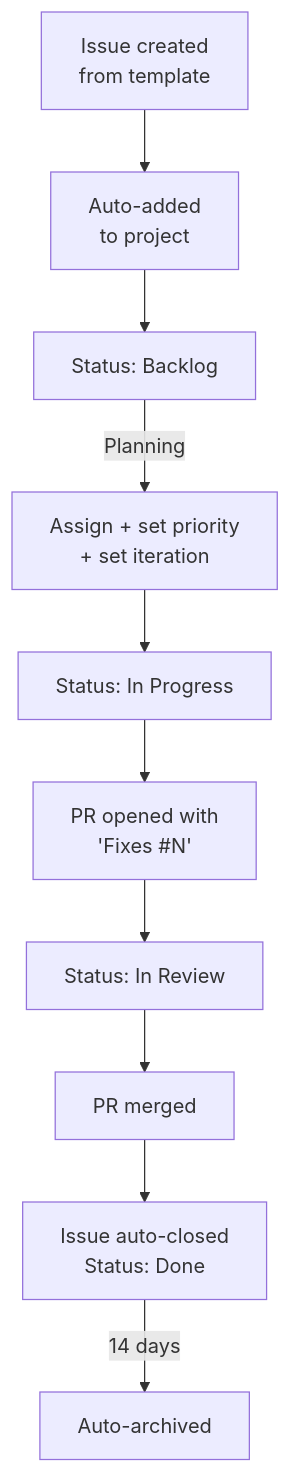
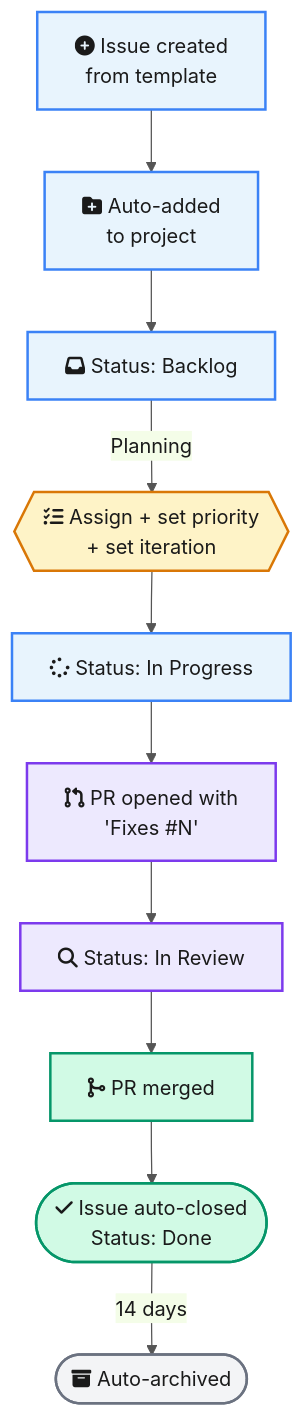
The diagram in docs/contributing/github-projects.md (OSU-CAR-MSL/lab-setup-guide), drawn with Mermaid before and after one commit. The commit also changed 13 other files, not shown here.

First line of the commit message:
Enhance all 22 Mermaid diagrams with semantic shapes, icons, and color coding

````diff
--- a/docs/contributing/github-projects.md
+++ b/docs/contributing/github-projects.md
@@ -339,12 +339,19 @@
 ```mermaid
+%%{init: {'theme': 'base', 'themeVariables': {'primaryColor': '#e8f4fd', 'primaryTextColor': '#1a1a1a', 'lineColor': '#555'}}}%%
 graph TD
-    A[Issue created<br>from template] --> B[Auto-added<br>to project]
-    B --> C[Status: Backlog]
-    C -->|Planning| D[Assign + set priority<br>+ set iteration]
-    D --> E[Status: In Progress]
-    E --> F[PR opened with<br>'Fixes #N']
-    F --> G[Status: In Review]
-    G --> H[PR merged]
-    H --> I[Issue auto-closed<br>Status: Done]
-    I -->|14 days| J[Auto-archived]
+    A["fa:fa-circle-plus Issue created<br>from template"]:::process --> B["fa:fa-folder-plus Auto-added<br>to project"]:::process
+    B --> C["fa:fa-inbox Status: Backlog"]:::process
+    C -->|Planning| D{{"fa:fa-list-check Assign + set priority<br>+ set iteration"}}:::decision
+    D --> E["fa:fa-spinner Status: In Progress"]:::process
+    E --> F["fa:fa-code-pull-request PR opened with<br>'Fixes #N'"]:::external
+    F --> G["fa:fa-magnifying-glass Status: In Review"]:::external
+    G --> H["fa:fa-code-merge PR merged"]:::success
+    H --> I(["fa:fa-check Issue auto-closed<br>Status: Done"]):::success
+    I -->|14 days| J(["fa:fa-box-archive Auto-archived"]):::archived
+
+    classDef process fill:#e8f4fd,stroke:#3b82f6,color:#1a1a1a,stroke-width:2px
+    classDef decision fill:#fef3c7,stroke:#d97706,color:#1a1a1a,stroke-width:2px
+    classDef external fill:#ede9fe,stroke:#7c3aed,color:#1a1a1a,stroke-width:2px
+    classDef success fill:#d1fae5,stroke:#059669,color:#1a1a1a,stroke-width:2px
+    classDef archived fill:#f3f4f6,stroke:#6b7280,color:#1a1a1a,stroke-width:2px
 ```
````
